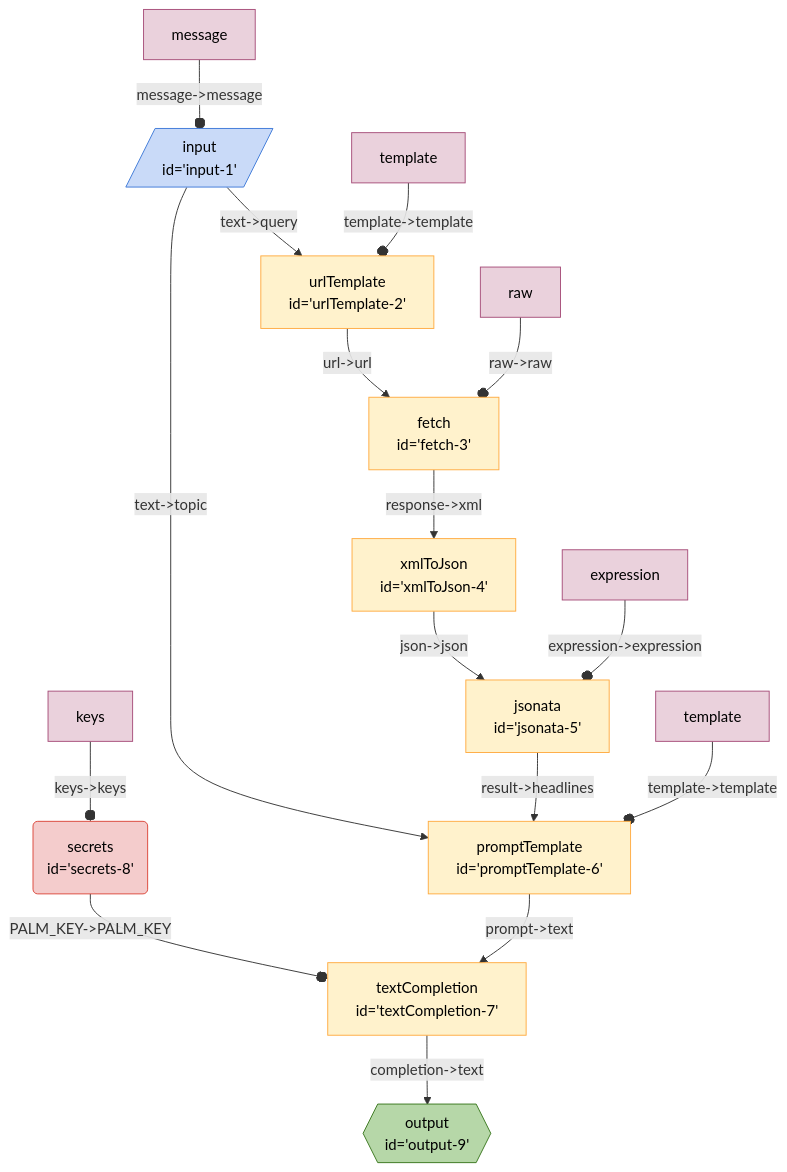
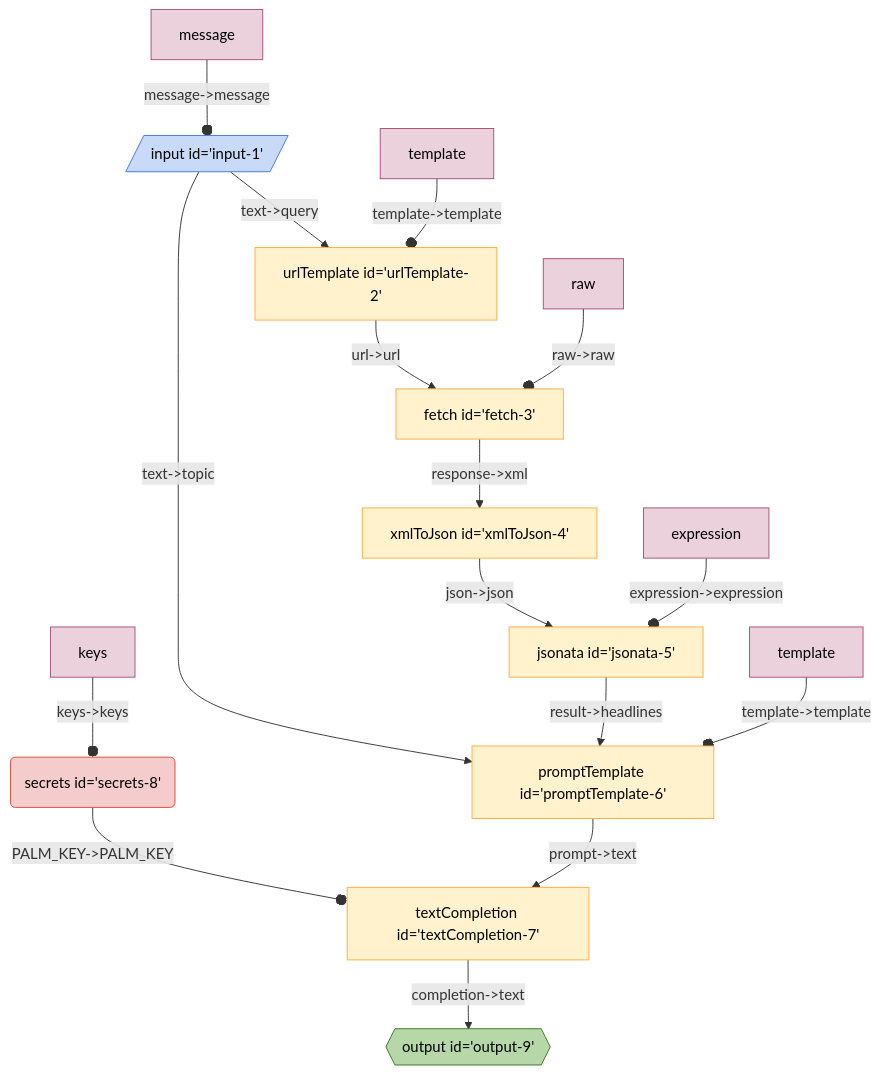
The diagram in seeds/graph-playground/docs/graphs/google-news.md (breadboard-ai/breadboard), drawn with Mermaid before and after one commit. The commit also changed 17 other files, not shown here.

Commit message:
nit: remove extranous line break in mermaid sources

````diff
--- a/seeds/graph-playground/docs/graphs/google-news.md
+++ b/seeds/graph-playground/docs/graphs/google-news.md
@@ -5,45 +5,27 @@
   ```mermaid
   %%{init: 'themeVariables': { 'fontFamily': 'Fira Code, monospace' }}%%
 graph TD;
-input1[/"input
-id='input-1'"/]:::input -- "text->topic" --> promptTemplate6["promptTemplate
-id='promptTemplate-6'"]
-secrets8("secrets
-id='secrets-8'"):::secrets -- "PALM_KEY->PALM_KEY" --o textCompletion7["textCompletion
-id='textCompletion-7'"]
-textCompletion7["textCompletion
-id='textCompletion-7'"] -- "completion->text" --> output9{{"output
-id='output-9'"}}:::output
-promptTemplate6["promptTemplate
-id='promptTemplate-6'"] -- "prompt->text" --> textCompletion7["textCompletion
-id='textCompletion-7'"]
-jsonata5["jsonata
-id='jsonata-5'"] -- "result->headlines" --> promptTemplate6["promptTemplate
-id='promptTemplate-6'"]
-xmlToJson4["xmlToJson
-id='xmlToJson-4'"] -- "json->json" --> jsonata5["jsonata
-id='jsonata-5'"]
-fetch3["fetch
-id='fetch-3'"] -- "response->xml" --> xmlToJson4["xmlToJson
-id='xmlToJson-4'"]
-urlTemplate2["urlTemplate
-id='urlTemplate-2'"] -- "url->url" --> fetch3["fetch
-id='fetch-3'"]
-input1[/"input
-id='input-1'"/]:::input -- "text->query" --> urlTemplate2["urlTemplate
-id='urlTemplate-2'"]
+input1[/"input id='input-1'"/]:::input -- "text->topic" --> promptTemplate6["promptTemplate id='promptTemplate-6'"]
+secrets8("secrets id='secrets-8'"):::secrets -- "PALM_KEY->PALM_KEY" --o textCompletion7["textCompletion id='textCompletion-7'"]
+textCompletion7["textCompletion id='textCompletion-7'"] -- "completion->text" --> output9{{"output id='output-9'"}}:::output
+promptTemplate6["promptTemplate id='promptTemplate-6'"] -- "prompt->text" --> textCompletion7["textCompletion id='textCompletion-7'"]
+jsonata5["jsonata id='jsonata-5'"] -- "result->headlines" --> promptTemplate6["promptTemplate id='promptTemplate-6'"]
+xmlToJson4["xmlToJson id='xmlToJson-4'"] -- "json->json" --> jsonata5["jsonata id='jsonata-5'"]
+fetch3["fetch id='fetch-3'"] -- "response->xml" --> xmlToJson4["xmlToJson id='xmlToJson-4'"]
+urlTemplate2["urlTemplate id='urlTemplate-2'"] -- "url->url" --> fetch3["fetch id='fetch-3'"]
+input1[/"input id='input-1'"/]:::input -- "text->query" --> urlTemplate2["urlTemplate id='urlTemplate-2'"]
 messageinput1[message]:::config -- "message->message" --o input1
 templateurlTemplate2[template]:::config -- "template->template" --o urlTemplate2
 rawfetch3[raw]:::config -- "raw->raw" --o fetch3
 expressionjsonata5[expression]:::config -- "expression->expression" --o jsonata5
 templatepromptTemplate6[template]:::config -- "template->template" --o promptTemplate6
 keyssecrets8[keys]:::config -- "keys->keys" --o secrets8
 classDef default stroke:#ffab40,fill:#fff2ccff,color:#000
 classDef input stroke:#3c78d8,fill:#c9daf8ff,color:#000
 classDef output stroke:#38761d,fill:#b6d7a8ff,color:#000
 classDef passthrough stroke:#a64d79,fill:#ead1dcff,color:#000
 classDef slot stroke:#a64d79,fill:#ead1dcff,color:#000
 classDef config stroke:#a64d79,fill:#ead1dcff,color:#000
 classDef secrets stroke:#db4437,fill:#f4cccc,color:#000
 classDef slotted stroke:#a64d79
   ```
````
